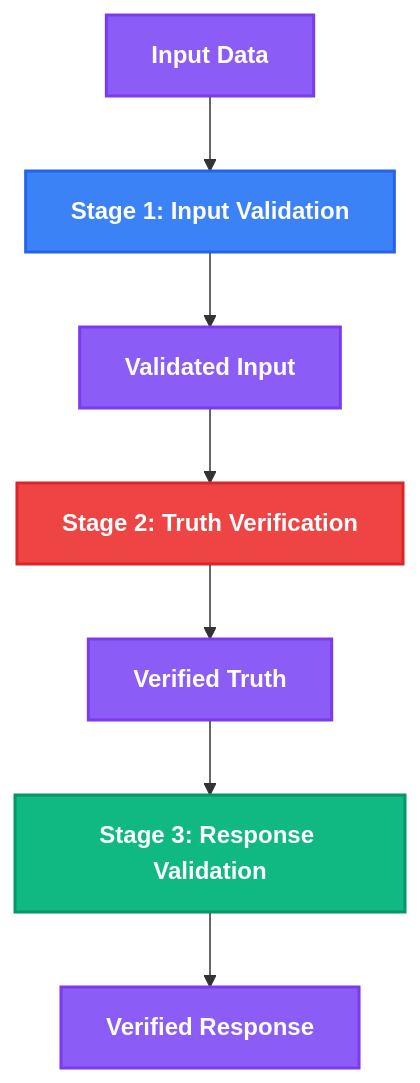
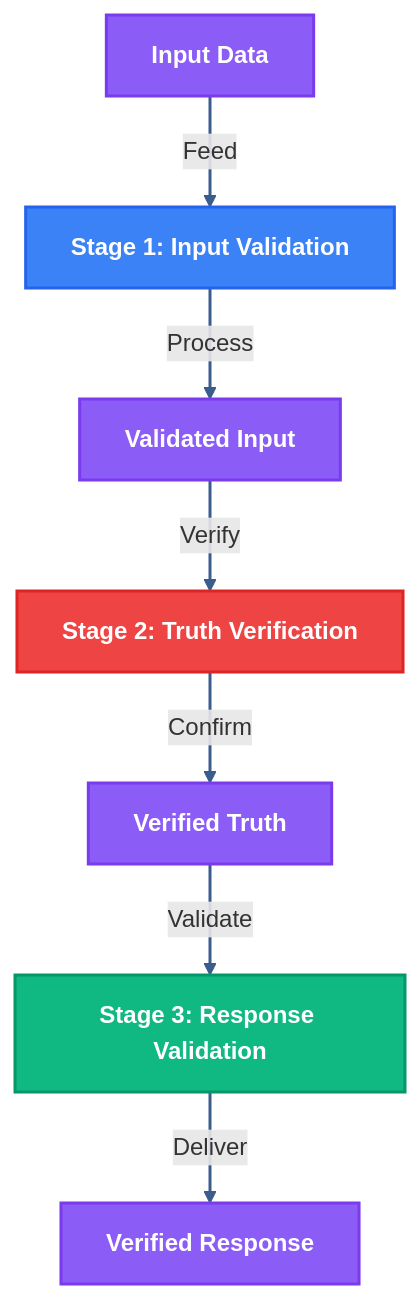
One commit to Vortx-AI/memories-dev changed the first of 7 diagrams in README.md. Above: the diagram before and after it, drawn with Mermaid. The commit also changed other lines of this file, not shown here.

Commit message:
Enhance Mermaid diagrams with improved styling, flow indicators, and visual hierarchy

````diff
--- a/README.md
+++ b/README.md
@@ -72,22 +72,25 @@
 ```mermaid
+%%{init: { 'theme': 'default', 'themeVariables': { 'primaryColor': '#4C78B5', 'primaryTextColor': '#fff', 'primaryBorderColor': '#3A5D8C', 'lineColor': '#3A5D8C', 'secondaryColor': '#41B883', 'tertiaryColor': '#F7A922' } }}%%
 graph TD
-    classDef inputStage fill:#3b82f6,stroke:#2563eb,stroke-width:2px,color:white,font-weight:bold
-    classDef truthStage fill:#ef4444,stroke:#dc2626,stroke-width:2px,color:white,font-weight:bold
-    classDef responseStage fill:#10b981,stroke:#059669,stroke-width:2px,color:white,font-weight:bold
-    classDef dataFlow fill:#8b5cf6,stroke:#7c3aed,stroke-width:2px,color:white,font-weight:bold
+    classDef inputStage fill:#3b82f6,stroke:#2563eb,stroke-width:2px,color:white,font-weight:bold,rounded:true
+    classDef truthStage fill:#ef4444,stroke:#dc2626,stroke-width:2px,color:white,font-weight:bold,rounded:true
+    classDef responseStage fill:#10b981,stroke:#059669,stroke-width:2px,color:white,font-weight:bold,rounded:true
+    classDef dataFlow fill:#8b5cf6,stroke:#7c3aed,stroke-width:2px,color:white,font-weight:bold,rounded:true
     
-    A[Input Data] --> B[Stage 1: Input Validation]
-    B --> C[Validated Input]
-    C --> D[Stage 2: Truth Verification]
-    D --> E[Verified Truth]
-    E --> F[Stage 3: Response Validation]
-    F --> G[Verified Response]
+    A[Input Data] -->|"Feed"| B[Stage 1: Input Validation]
+    B -->|"Process"| C[Validated Input]
+    C -->|"Verify"| D[Stage 2: Truth Verification]
+    D -->|"Confirm"| E[Verified Truth]
+    E -->|"Validate"| F[Stage 3: Response Validation]
+    F -->|"Deliver"| G[Verified Response]
     
     B:::inputStage
     D:::truthStage
     F:::responseStage
     A:::dataFlow
     C:::dataFlow
     E:::dataFlow
     G:::dataFlow
+
+    linkStyle default stroke-width:2px,fill:none,stroke:#3A5D8C,curve:basis
 ```
````
